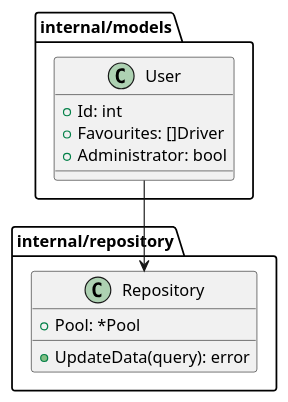
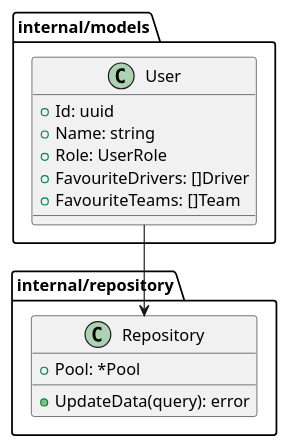
Before and after one commit to k3sslerX/BMSTU_PPO: the diagram in docs/plantuml src/update.puml, drawn with PlantUML. The commit also changed 3 other files, not shown here.

```diff
--- a/docs/plantuml src/update.puml
+++ b/docs/plantuml src/update.puml
@@ -1,18 +1,20 @@
 @startuml
 top to bottom direction
 
 package internal/models{
 class User {
-+Id: int
-+Favourites: []Driver
-+Administrator: bool
++Id: uuid
++Name: string
++Role: UserRole
++FavouriteDrivers: []Driver
++FavouriteTeams: []Team
 }
 }
 package internal/repository{
 class Repository {
 +Pool: *Pool
 +UpdateData(query): error
 }
 }
 "User" --> "Repository"
 @enduml
```
